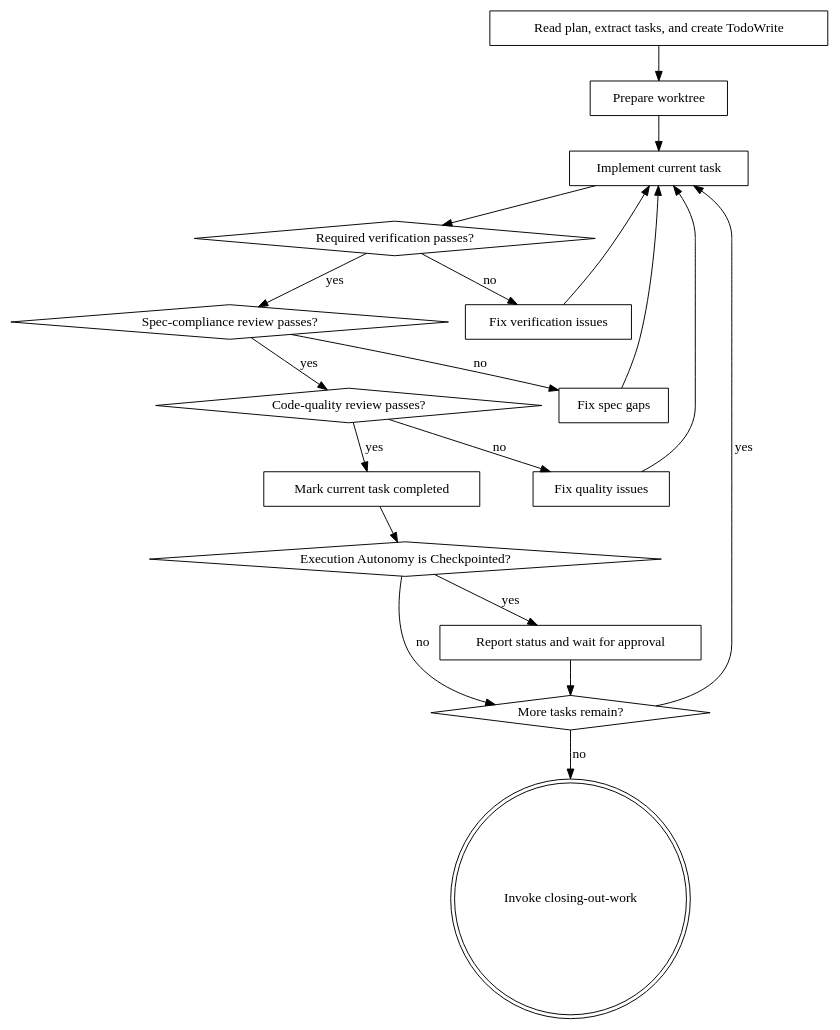
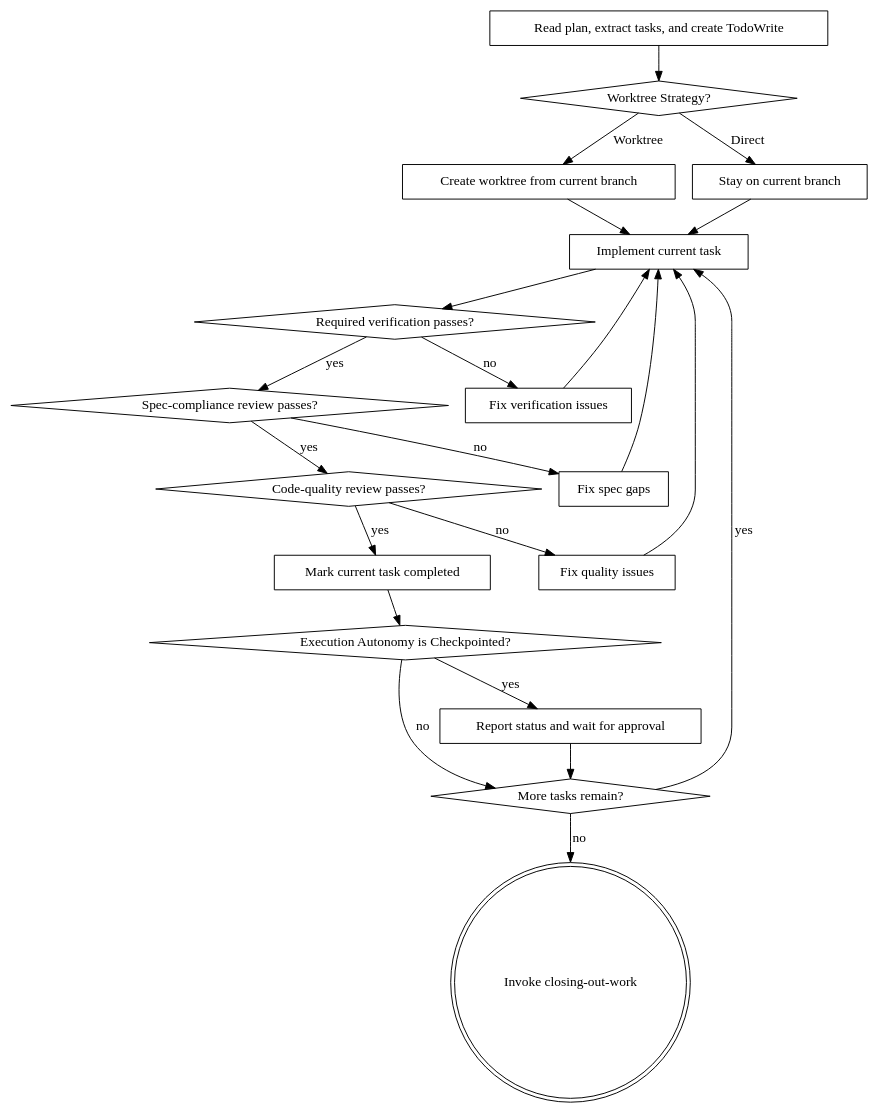
The diagram in skills/executing-plans/SKILL.md (clashmar/know-how), drawn with Graphviz before and after one commit. The commit also changed other lines of this file and 3 other files, not shown here.

First line of the commit message:
feat(planning): add Worktree Strategy to plan contract

````diff
--- a/skills/executing-plans/SKILL.md
+++ b/skills/executing-plans/SKILL.md
@@ -36,37 +36,42 @@
 ```dot
-digraph execution {
-    "Read plan, extract tasks, and create TodoWrite" [shape=box];
-    "Prepare worktree" [shape=box];
-    "Implement current task" [shape=box];
-    "Required verification passes?" [shape=diamond];
-    "Fix verification issues" [shape=box];
-    "Spec-compliance review passes?" [shape=diamond];
-    "Fix spec gaps" [shape=box];
-    "Code-quality review passes?" [shape=diamond];
-    "Fix quality issues" [shape=box];
-    "Mark current task completed" [shape=box];
-    "Execution Autonomy is Checkpointed?" [shape=diamond];
-    "Report status and wait for approval" [shape=box];
-    "More tasks remain?" [shape=diamond];
-    "Invoke closing-out-work" [shape=doublecircle];
+ digraph execution {
+     "Read plan, extract tasks, and create TodoWrite" [shape=box];
+     "Worktree Strategy?" [shape=diamond];
+     "Create worktree from current branch" [shape=box];
+     "Stay on current branch" [shape=box];
+     "Implement current task" [shape=box];
+     "Required verification passes?" [shape=diamond];
+     "Fix verification issues" [shape=box];
+     "Spec-compliance review passes?" [shape=diamond];
+     "Fix spec gaps" [shape=box];
+     "Code-quality review passes?" [shape=diamond];
+     "Fix quality issues" [shape=box];
+     "Mark current task completed" [shape=box];
+     "Execution Autonomy is Checkpointed?" [shape=diamond];
+     "Report status and wait for approval" [shape=box];
+     "More tasks remain?" [shape=diamond];
+     "Invoke closing-out-work" [shape=doublecircle];
 
-    "Read plan, extract tasks, and create TodoWrite" -> "Prepare worktree";
-    "Prepare worktree" -> "Implement current task";
-    "Implement current task" -> "Required verification passes?";
-    "Required verification passes?" -> "Fix verification issues" [label="no"];
-    "Fix verification issues" -> "Implement current task";
-    "Required verification passes?" -> "Spec-compliance review passes?" [label="yes"];
-    "Spec-compliance review passes?" -> "Fix spec gaps" [label="no"];
-    "Fix spec gaps" -> "Implement current task";
-    "Spec-compliance review passes?" -> "Code-quality review passes?" [label="yes"];
-    "Code-quality review passes?" -> "Fix quality issues" [label="no"];
-    "Fix quality issues" -> "Implement current task";
-    "Code-quality review passes?" -> "Mark current task completed" [label="yes"];
-    "Mark current task completed" -> "Execution Autonomy is Checkpointed?";
-    "Execution Autonomy is Checkpointed?" -> "Report status and wait for approval" [label="yes"];
-    "Execution Autonomy is Checkpointed?" -> "More tasks remain?" [label="no"];
-    "Report status and wait for approval" -> "More tasks remain?";
-    "More tasks remain?" -> "Implement current task" [label="yes"];
-    "More tasks remain?" -> "Invoke closing-out-work" [label="no"];
-}
+     "Read plan, extract tasks, and create TodoWrite" -> "Worktree Strategy?";
+     "Worktree Strategy?" -> "Create worktree from current branch" [label="Worktree"];
+     "Worktree Strategy?" -> "Stay on current branch" [label="Direct"];
+     "Create worktree from current branch" -> "Implement current task";
+     "Stay on current branch" -> "Implement current task";
+     "Implement current task" -> "Required verification passes?";
+     "Required verification passes?" -> "Fix verification issues" [label="no"];
+     "Fix verification issues" -> "Implement current task";
+     "Required verification passes?" -> "Spec-compliance review passes?" [label="yes"];
+     "Spec-compliance review passes?" -> "Fix spec gaps" [label="no"];
+     "Fix spec gaps" -> "Implement current task";
+     "Spec-compliance review passes?" -> "Code-quality review passes?" [label="yes"];
+     "Code-quality review passes?" -> "Fix quality issues" [label="no"];
+     "Fix quality issues" -> "Implement current task";
+     "Code-quality review passes?" -> "Mark current task completed" [label="yes"];
+     "Mark current task completed" -> "Execution Autonomy is Checkpointed?";
+     "Execution Autonomy is Checkpointed?" -> "Report status and wait for approval" [label="yes"];
+     "Execution Autonomy is Checkpointed?" -> "More tasks remain?" [label="no"];
+     "Report status and wait for approval" -> "More tasks remain?";
+     "More tasks remain?" -> "Implement current task" [label="yes"];
+     "More tasks remain?" -> "Invoke closing-out-work" [label="no"];
+ }
 ```
````
